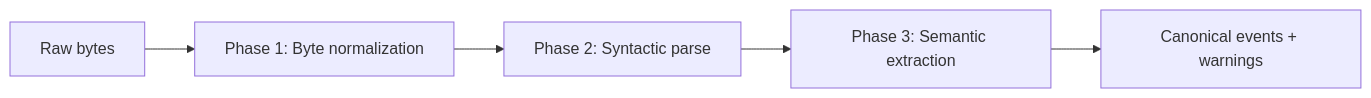
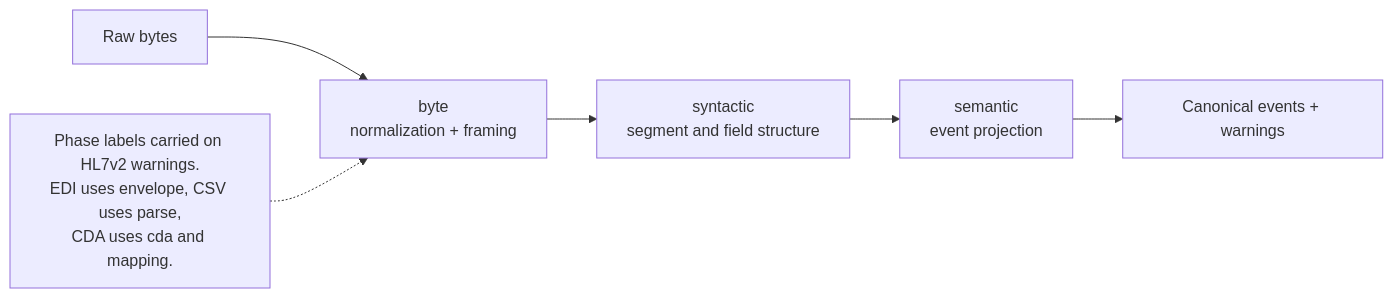
Before and after one commit to crb2nu/fi-fhir: the diagram in docs/mermaid/parsing-phases.mmd, drawn with Mermaid. The commit also changed 10 other files, not shown here.

```diff
--- a/docs/mermaid/parsing-phases.mmd
+++ b/docs/mermaid/parsing-phases.mmd
@@ -1,5 +1,8 @@
 flowchart LR
-  RAW[Raw bytes] --> B[Phase 1: Byte normalization]
-  B --> S[Phase 2: Syntactic parse]
-  S --> E[Phase 3: Semantic extraction]
+  RAW[Raw bytes] --> B[byte<br/>normalization + framing]
+  B --> S[syntactic<br/>segment and field structure]
+  S --> E[semantic<br/>event projection]
   E --> EV[Canonical events + warnings]
+
+  NOTE[Phase labels carried on HL7v2 warnings.<br/>EDI uses envelope, CSV uses parse,<br/>CDA uses cda and mapping.]
+  NOTE -.-> B
```
